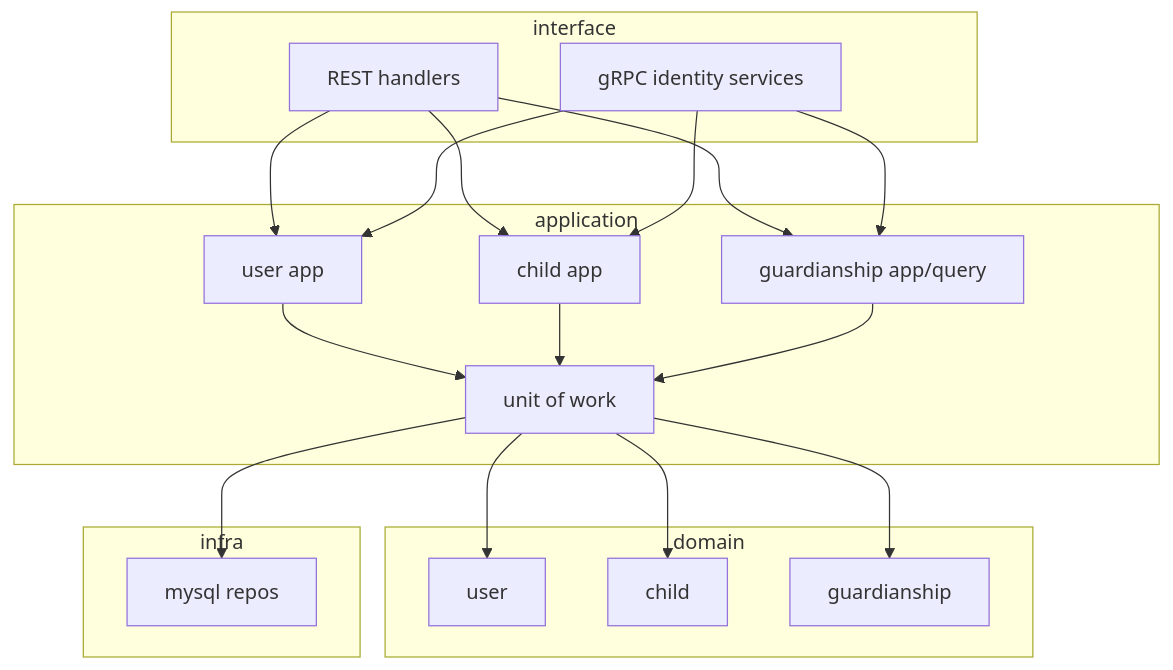
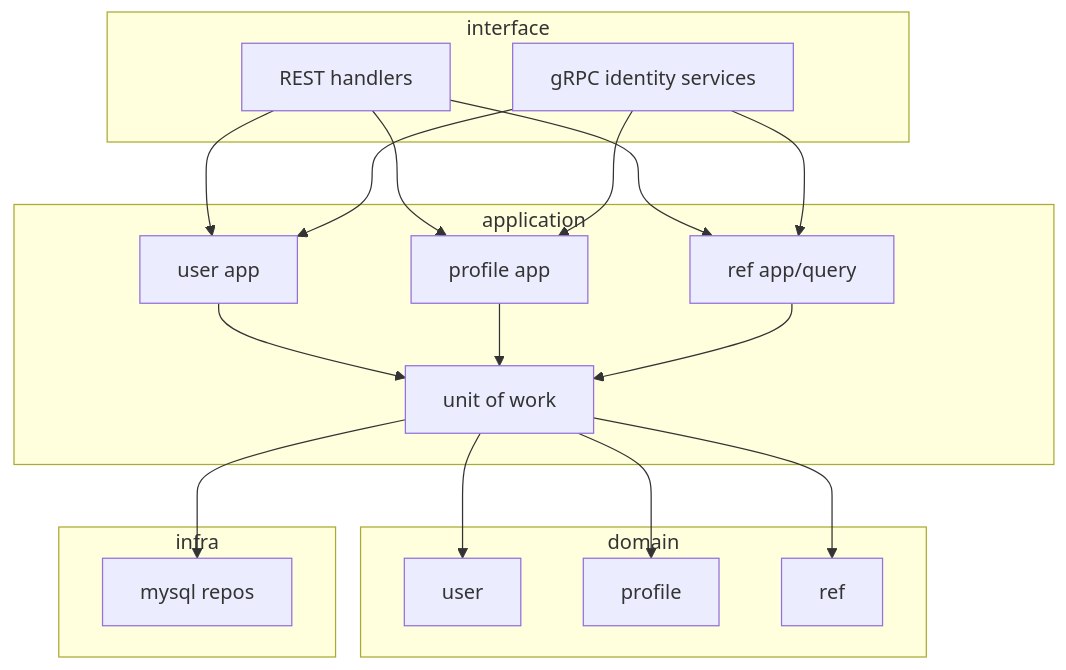
The fourth of 5 diagrams in docs/02-业务域/03-user-用户&儿童&Guardianship.md (FangcunMount/iam), drawn with Mermaid before and after one commit. The commit also changed other lines of this file and 216 other files, not shown here.

````diff
--- a/docs/02-业务域/03-user-用户&儿童&Guardianship.md
+++ b/docs/02-业务域/03-user-用户&儿童&Guardianship.md
@@ -151,35 +151,35 @@
 ```mermaid
 flowchart TB
   subgraph interface
     RH["REST handlers"]
     GS["gRPC identity services"]
   end
   subgraph application
     US["user app"]
-    CS["child app"]
-    GSVC["guardianship app/query"]
+    CS["profile app"]
+    GSVC["ref app/query"]
     UOW["unit of work"]
   end
   subgraph domain
     DU["user"]
-    DC["child"]
-    DG["guardianship"]
+    DC["profile"]
+    DG["ref"]
   end
   subgraph infra
     MY["mysql repos"]
   end
 
   RH --> US
   RH --> CS
   RH --> GSVC
   GS --> US
   GS --> CS
   GS --> GSVC
   US --> UOW
   CS --> UOW
   GSVC --> UOW
   UOW --> DU
   UOW --> DC
   UOW --> DG
   UOW --> MY
 ```
````
